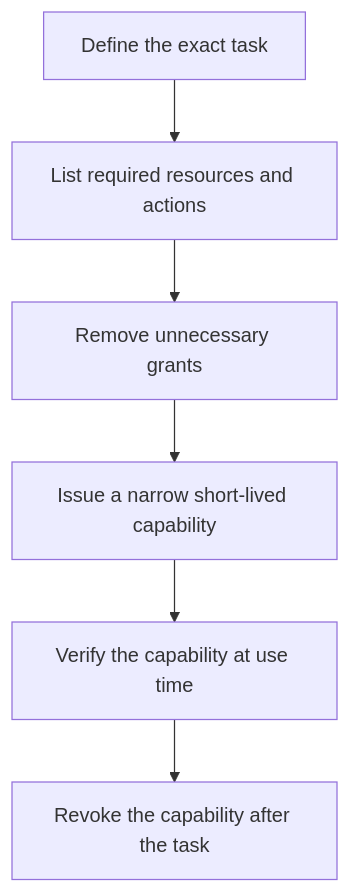
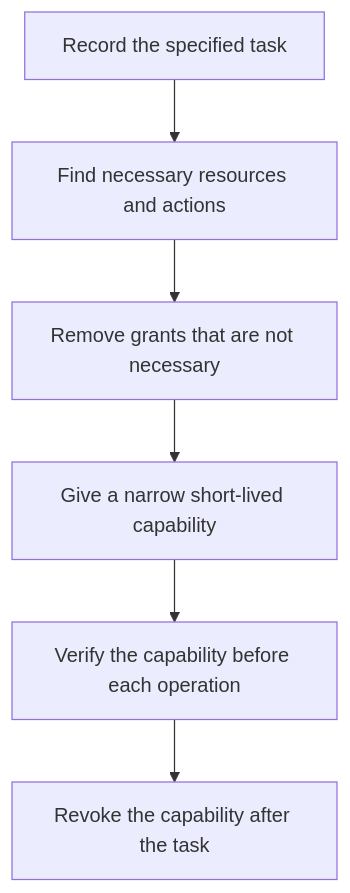
Before and after one commit to HomericIntelligence/Athena: the diagram in docs/principles/details/p050-least-privilege.md, drawn with Mermaid. The commit also changed other lines of this file and 91 other files, not shown here.

````diff
--- a/docs/principles/details/p050-least-privilege.md
+++ b/docs/principles/details/p050-least-privilege.md
@@ -34,8 +37,8 @@
 ```mermaid
 flowchart TD
-    A["Define the exact task"] --> B["List required resources and actions"]
-    B --> C["Remove unnecessary grants"]
-    C --> D["Issue a narrow short-lived capability"]
-    D --> E["Verify the capability at use time"]
+    A["Record the specified task"] --> B["Find necessary resources and actions"]
+    B --> C["Remove grants that are not necessary"]
+    C --> D["Give a narrow short-lived capability"]
+    D --> E["Verify the capability before each operation"]
     E --> F["Revoke the capability after the task"]
 ```
````
